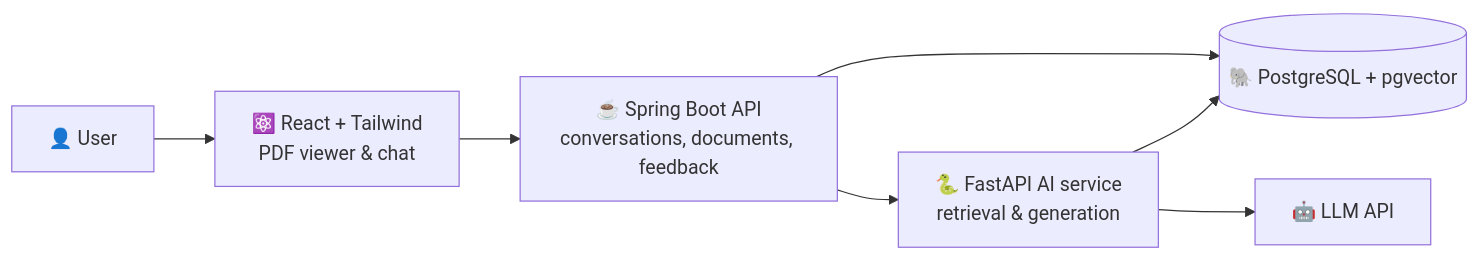
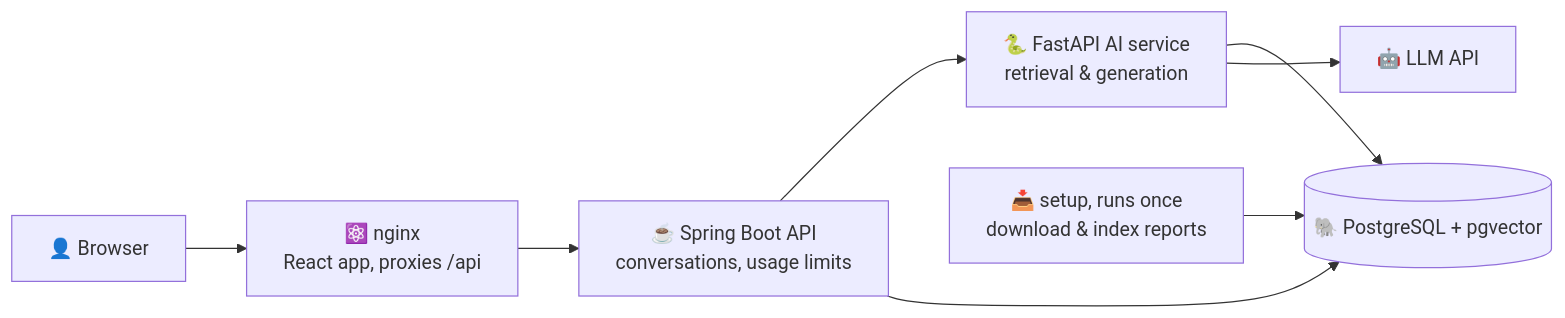
The diagram in README.md (dragos1250/reportlens), drawn with Mermaid before and after one commit. The commit also changed other lines of this file and 27 other files, not shown here.

First line of the commit message:
feat: run the whole app with Docker Compose, with usage limits

````diff
--- a/README.md
+++ b/README.md
@@ -54,9 +59,10 @@
 ```mermaid
 flowchart LR
-    U[👤 User] --> F[⚛️ React + Tailwind<br/>PDF viewer & chat]
-    F --> B[☕ Spring Boot API<br/>conversations, documents, feedback]
+    U[👤 Browser] --> F[⚛️ nginx<br/>React app, proxies /api]
+    F --> B[☕ Spring Boot API<br/>conversations, usage limits]
     B --> A[🐍 FastAPI AI service<br/>retrieval & generation]
     A --> D[(🐘 PostgreSQL + pgvector)]
     B --> D
     A --> L[🤖 LLM API]
+    S[📥 setup, runs once<br/>download & index reports] --> D
 ```
````
